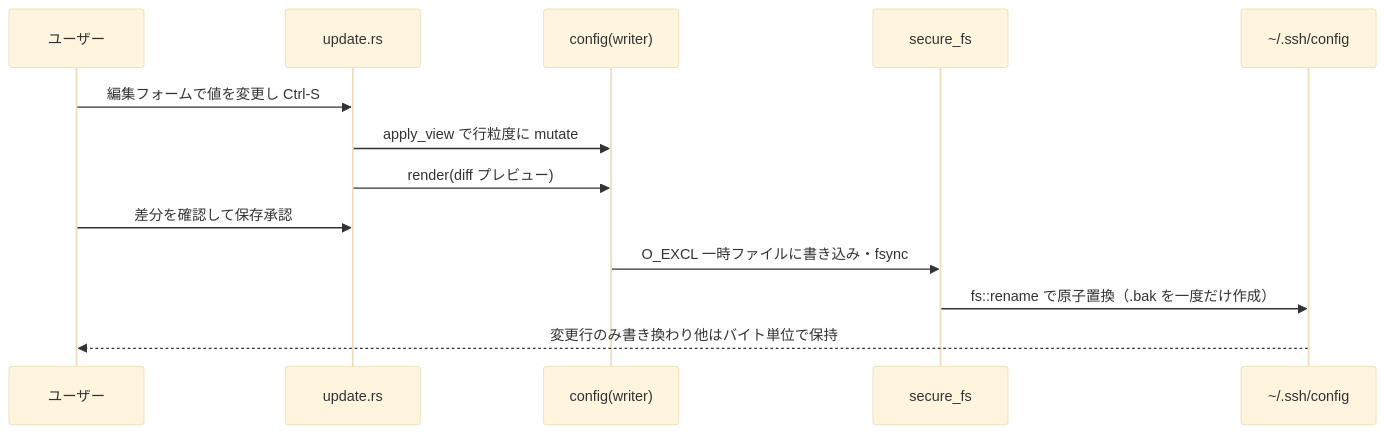
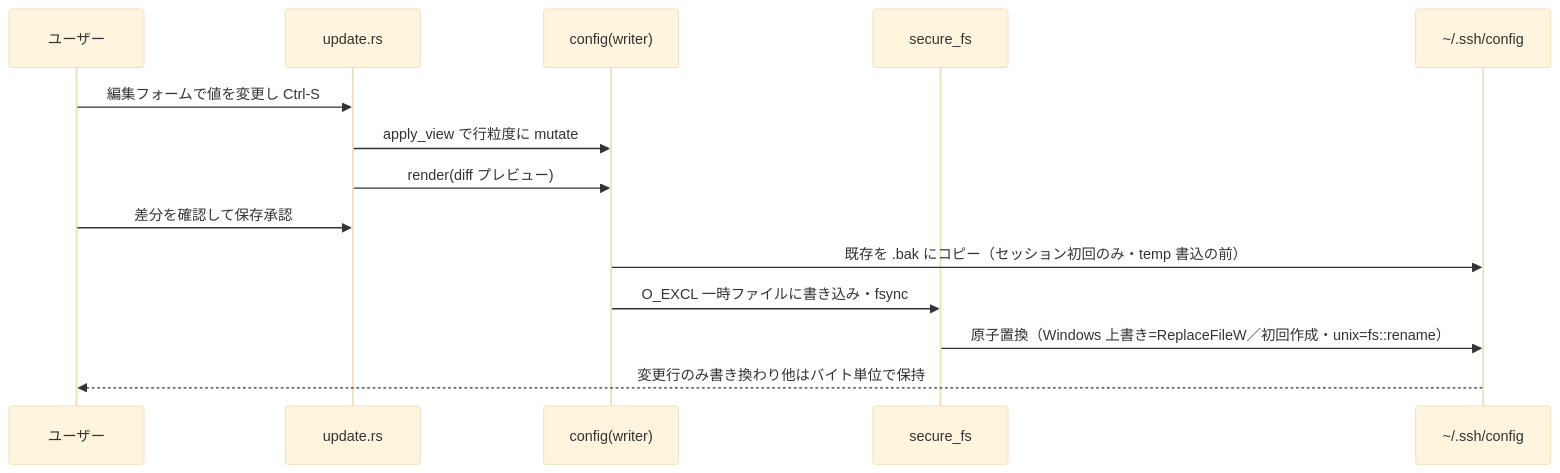
One commit to nakaba-lab/ssh-manager-tui changed the second of 2 diagrams in docs/design/architecture.md. Above: the diagram before and after it, drawn with Mermaid (base theme). The commit also changed 10 other files, not shown here.

````diff
--- a/docs/design/architecture.md
+++ b/docs/design/architecture.md
@@ -74,15 +74,16 @@
 ```mermaid
 sequenceDiagram
     participant U as ユーザー
     participant UP as update.rs
     participant CFG as config(writer)
     participant SF as secure_fs
     participant FS as ~/.ssh/config
     U->>UP: 編集フォームで値を変更し Ctrl-S
     UP->>CFG: apply_view で行粒度に mutate
     UP->>CFG: render(diff プレビュー)
     U->>UP: 差分を確認して保存承認
+    CFG->>FS: 既存を .bak にコピー（セッション初回のみ・temp 書込の前）
     CFG->>SF: O_EXCL 一時ファイルに書き込み・fsync
-    SF->>FS: fs::rename で原子置換（.bak を一度だけ作成）
+    SF->>FS: 原子置換（Windows 上書き=ReplaceFileW／初回作成・unix=fs::rename）
     FS-->>U: 変更行のみ書き換わり他はバイト単位で保持
 ```
````
